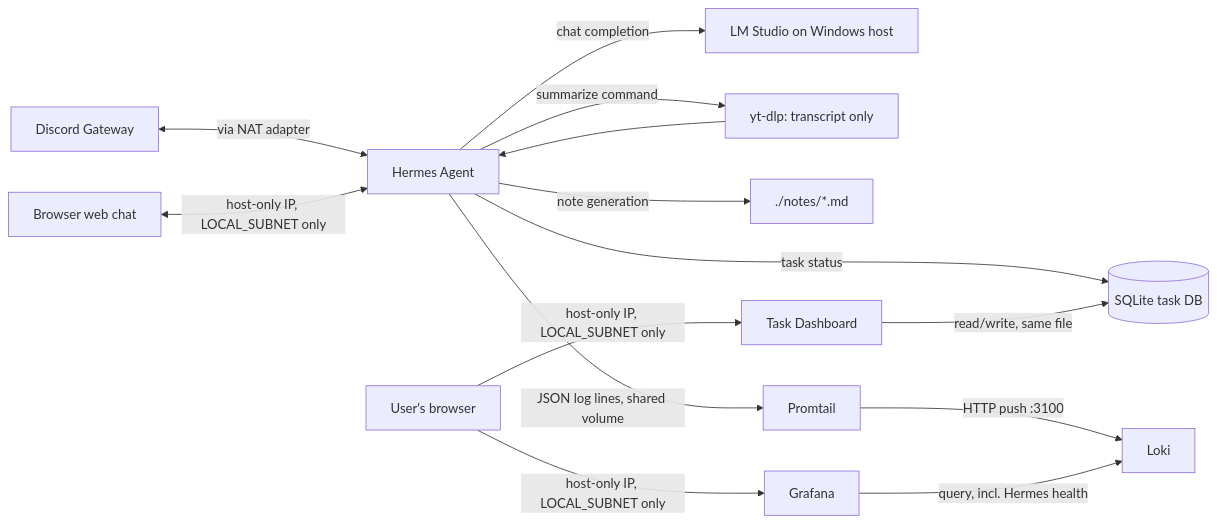
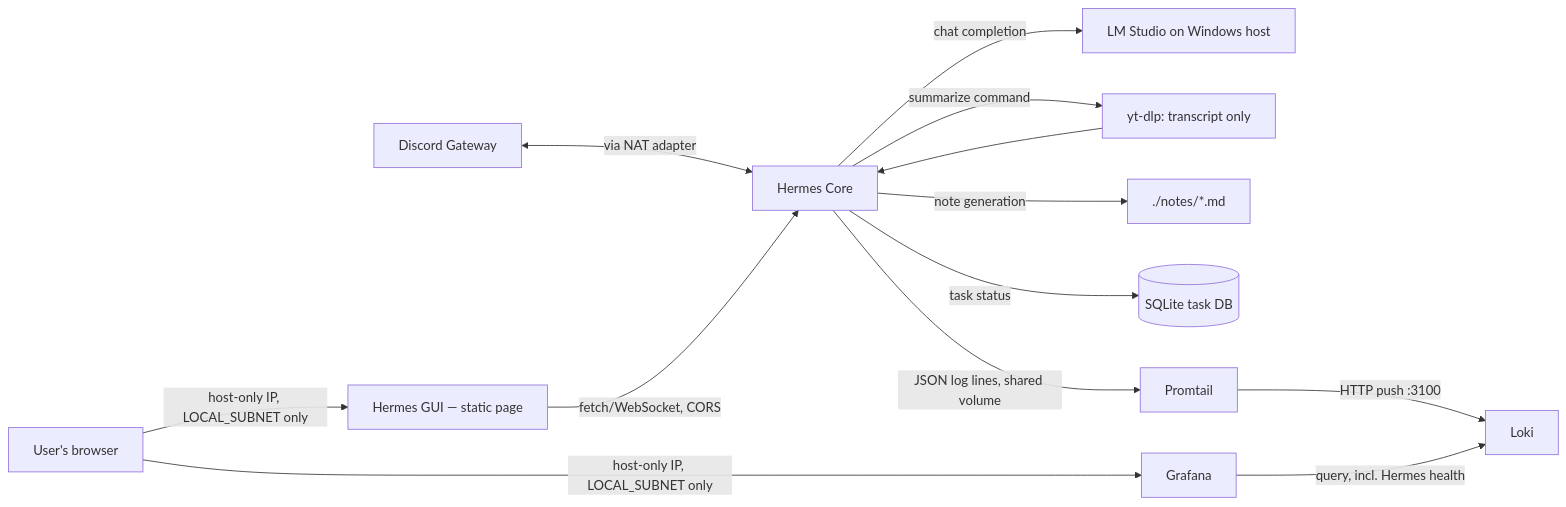
The diagram in docs/ARCHITECTURE.md (cv-ai-sec/cv-hermes), drawn with Mermaid before and after one commit. The commit also changed other lines of this file and 11 other files, not shown here.

Commit message:
Rebuild hermes-agent on official image with egress-restricted Discord access

````diff
--- a/docs/ARCHITECTURE.md
+++ b/docs/ARCHITECTURE.md
@@ -3,16 +7,15 @@
 ```mermaid
 graph LR
-  A[Discord Gateway] <-->|via NAT adapter| B[Hermes Agent]
-  V[Browser web chat] <-->|host-only IP, LOCAL_SUBNET only| B
+  A[Discord Gateway] <-->|via NAT adapter| B[Hermes Core]
+  G[Hermes GUI — static page] -->|fetch/WebSocket, CORS| B
+  U[User's browser] -->|host-only IP, LOCAL_SUBNET only| G
   B -->|chat completion| C[LM Studio on Windows host]
   B -->|summarize command| Y[yt-dlp: transcript only]
   Y --> B
   B -->|note generation| N[./notes/*.md]
   B -->|task status| T[(SQLite task DB)]
-  W[Task Dashboard] -->|read/write, same file| T
-  U -->|host-only IP, LOCAL_SUBNET only| W
   B -->|JSON log lines, shared volume| D[Promtail]
   D -->|HTTP push :3100| E[Loki]
   F[Grafana] -->|query, incl. Hermes health| E
-  U[User's browser] -->|host-only IP, LOCAL_SUBNET only| F
+  U -->|host-only IP, LOCAL_SUBNET only| F
 ```
````
